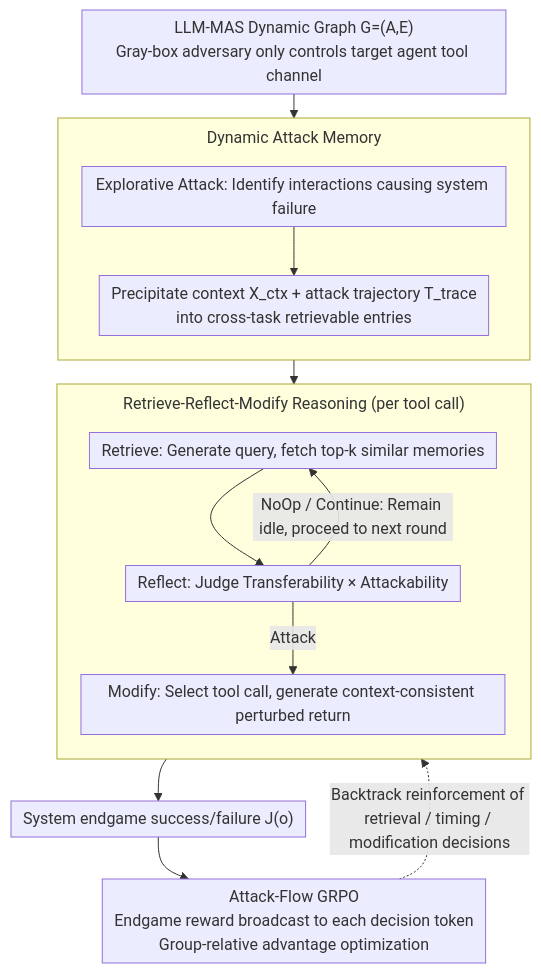
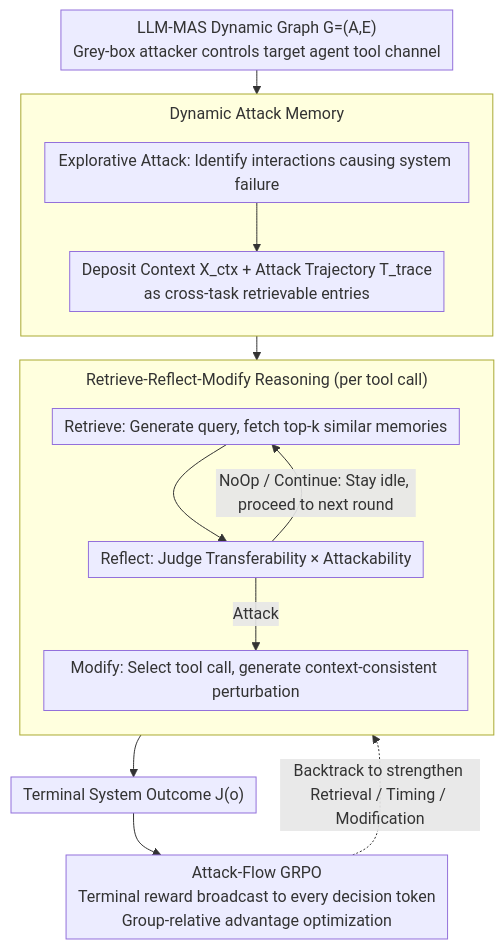
One commit to zhaoyang97/Paper-Notes-en changed the diagram in docs/ACL2026/llm_reasoning/evo-attacker_memory-augmented_reinforcement_learning_for_long-horizon_tool_attac.md. Above: the diagram before and after it, drawn with Mermaid. The commit also changed other lines of this file and 5084 other files, not shown here.

````diff
--- a/docs/ACL2026/llm_reasoning/evo-attacker_memory-augmented_reinforcement_learning_for_long-horizon_tool_attac.md
+++ b/docs/ACL2026/llm_reasoning/evo-attacker_memory-augmented_reinforcement_learning_for_long-horizon_tool_attac.md
@@ -46,19 +46,19 @@
 ```mermaid
 %%{init: {'flowchart': {'rankSpacing': 24, 'nodeSpacing': 28, 'padding': 6, 'wrappingWidth': 400, 'subGraphTitleMargin': {'top': 8, 'bottom': 16}}}}%%
 flowchart TD
-    A["LLM-MAS Dynamic Graph G=(A,E)<br/>Gray-box adversary only controls target agent tool channel"] --> M
+    A["LLM-MAS Dynamic Graph G=(A,E)<br/>Grey-box attacker controls target agent tool channel"] --> M
     subgraph M["Dynamic Attack Memory"]
         direction TB
-        E1["Explorative Attack: Identify interactions causing system failure"] --> E2["Precipitate context X_ctx + attack trajectory T_trace<br/>into cross-task retrievable entries"]
+        E1["Explorative Attack: Identify interactions causing system failure"] --> E2["Deposit Context X_ctx + Attack Trajectory T_trace<br/>as cross-task retrievable entries"]
     end
     M --> RRM
     subgraph RRM["Retrieve-Reflect-Modify Reasoning (per tool call)"]
         direction TB
         R1["Retrieve: Generate query, fetch top-k similar memories"] --> R2["Reflect: Judge Transferability × Attackability"]
-        R2 -->|"NoOp / Continue: Remain idle, proceed to next round"| R1
-        R2 -->|"Attack"| R3["Modify: Select tool call, generate context-consistent perturbed return"]
+        R2 -->|"NoOp / Continue: Stay idle, proceed to next round"| R1
+        R2 -->|"Attack"| R3["Modify: Select tool call, generate context-consistent perturbation"]
     end
-    RRM --> O["System endgame success/failure J(o)"]
-    O --> G["Attack-Flow GRPO<br/>Endgame reward broadcast to each decision token<br/>Group-relative advantage optimization"]
-    G -. Backtrack reinforcement of retrieval / timing / modification decisions .-> RRM
+    RRM --> O["Terminal System Outcome J(o)"]
+    O --> G["Attack-Flow GRPO<br/>Terminal reward broadcast to every decision token<br/>Group-relative advantage optimization"]
+    G -. Backtrack to strengthen Retrieval / Timing / Modification .-> RRM
 ```
````
